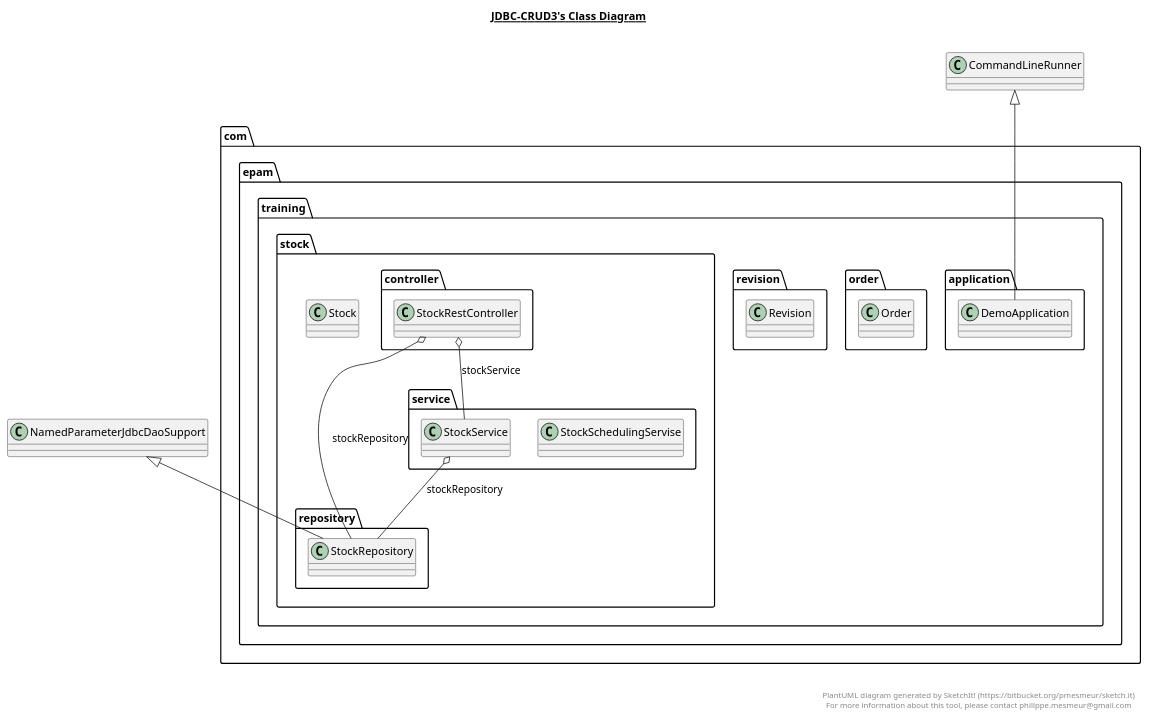
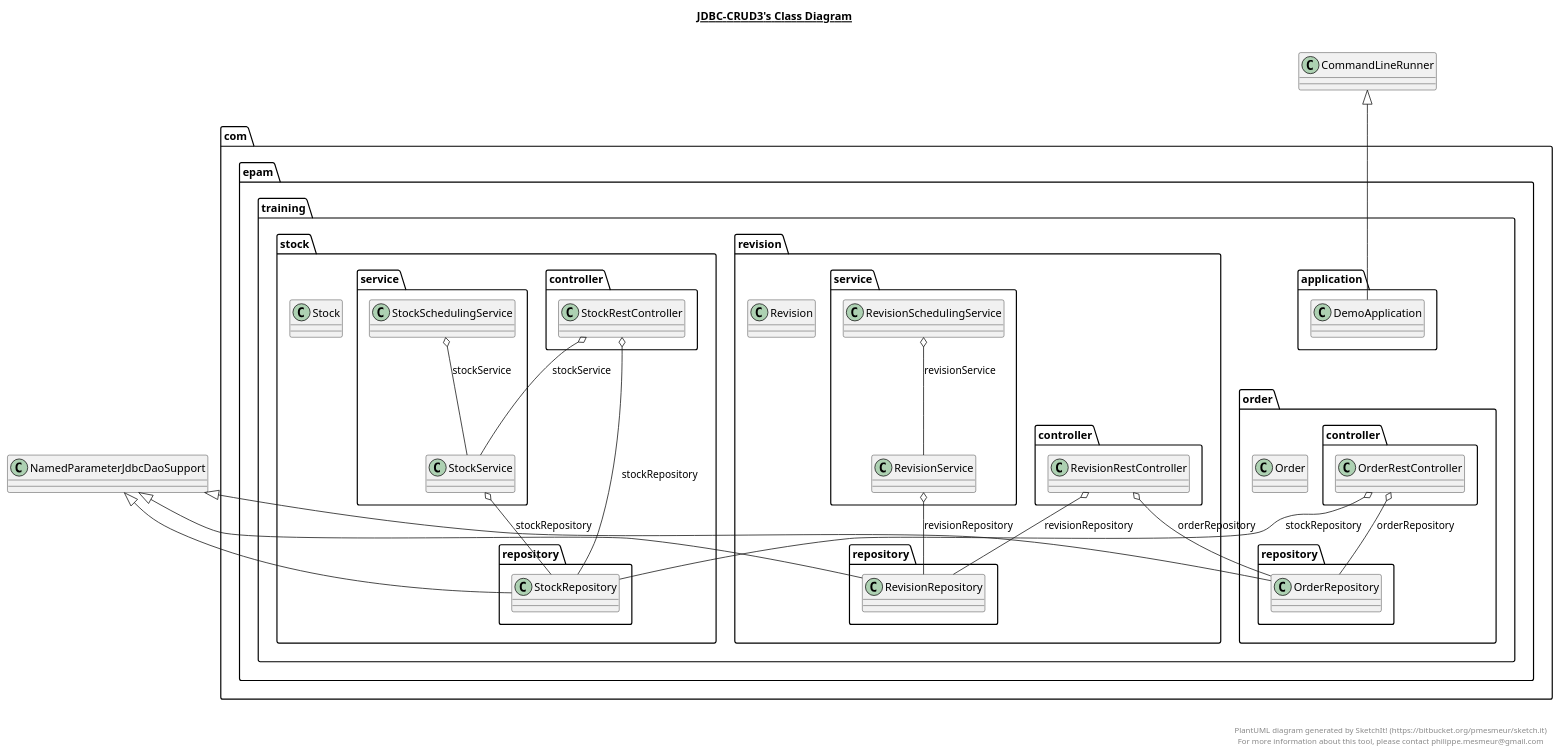
Before and after one commit to nik-nenkov/tutoring-rest-api-with-java: the diagram in jdbc-crud3.plantuml, drawn with PlantUML. The commit also changed 19 other files, not shown here.

```diff
--- a/jdbc-crud3.plantuml
+++ b/jdbc-crud3.plantuml
@@ -1,91 +1,132 @@
 @startuml
 
 title __JDBC-CRUD3's Class Diagram__\n
 
-  package com.epam.training {
-    package com.epam.training.application {
-      class DemoApplication {
+  package com.epam.training.application {
+    class DemoApplication {
+    }
+  }
+  
+
+  package com.epam.training.order {
+    class Order {
+    }
+  }
+  
+
+  package com.epam.training.order {
+    package com.epam.training.order.repository {
+      class OrderRepository {
       }
     }
   }
   
 
-  package com.epam.training {
-    package com.epam.training.order {
-      class Order {
+  package com.epam.training.order {
+    package com.epam.training.order.controller {
+      class OrderRestController {
       }
     }
   }
   
 
-  package com.epam.training {
-    package com.epam.training.revision {
-      class Revision {
+  package com.epam.training.revision {
+    class Revision {
+    }
+  }
+  
+
+  package com.epam.training.revision {
+    package com.epam.training.revision.repository {
+      class RevisionRepository {
       }
     }
   }
   
 
-  package com.epam.training {
-    package com.epam.training.stock {
-      class Stock {
+  package com.epam.training.revision {
+    package com.epam.training.revision.controller {
+      class RevisionRestController {
       }
     }
   }
   
 
-  package com.epam.training {
-    package com.epam.training.stock {
-      package com.epam.training.stock.repository {
-        class StockRepository {
-        }
+  package com.epam.training.revision {
+    package com.epam.training.revision.service {
+      class RevisionSchedulingService {
       }
     }
   }
   
 
-  package com.epam.training {
-    package com.epam.training.stock {
-      package com.epam.training.stock.controller {
-        class StockRestController {
-        }
+  package com.epam.training.revision {
+    package com.epam.training.revision.service {
+      class RevisionService {
       }
     }
   }
   
 
-  package com.epam.training {
-    package com.epam.training.stock {
-      package com.epam.training.stock.service {
-        class StockSchedulingServise {
-        }
+  package com.epam.training.stock {
+    class Stock {
+    }
+  }
+  
+
+  package com.epam.training.stock {
+    package com.epam.training.stock.repository {
+      class StockRepository {
       }
     }
   }
   
 
-  package com.epam.training {
-    package com.epam.training.stock {
-      package com.epam.training.stock.service {
-        class StockService {
-        }
+  package com.epam.training.stock {
+    package com.epam.training.stock.controller {
+      class StockRestController {
+      }
+    }
+  }
+  
+
+  package com.epam.training.stock {
+    package com.epam.training.stock.service {
+      class StockSchedulingService {
+      }
+    }
+  }
+  
+
+  package com.epam.training.stock {
+    package com.epam.training.stock.service {
+      class StockService {
       }
     }
   }
   
 
   DemoApplication -up-|> CommandLineRunner
+  OrderRepository -up-|> NamedParameterJdbcDaoSupport
+  OrderRestController o-- OrderRepository : orderRepository
+  OrderRestController o-- StockRepository : stockRepository
+  RevisionRepository -up-|> NamedParameterJdbcDaoSupport
+  RevisionRestController o-- OrderRepository : orderRepository
+  RevisionRestController o-- RevisionRepository : revisionRepository
+  RevisionSchedulingService o-- RevisionService : revisionService
+  RevisionService o-- RevisionRepository : revisionRepository
   StockRepository -up-|> NamedParameterJdbcDaoSupport
   StockRestController o-- StockRepository : stockRepository
   StockRestController o-- StockService : stockService
+  StockSchedulingService o-- StockService : stockService
   StockService o-- StockRepository : stockRepository
 
 
 right footer
 
 
 PlantUML diagram generated by SketchIt! (https://bitbucket.org/pmesmeur/sketch.it)
 For more information about this tool, please contact philippe.mesmeur@gmail.com
 endfooter
 
 @enduml
```
